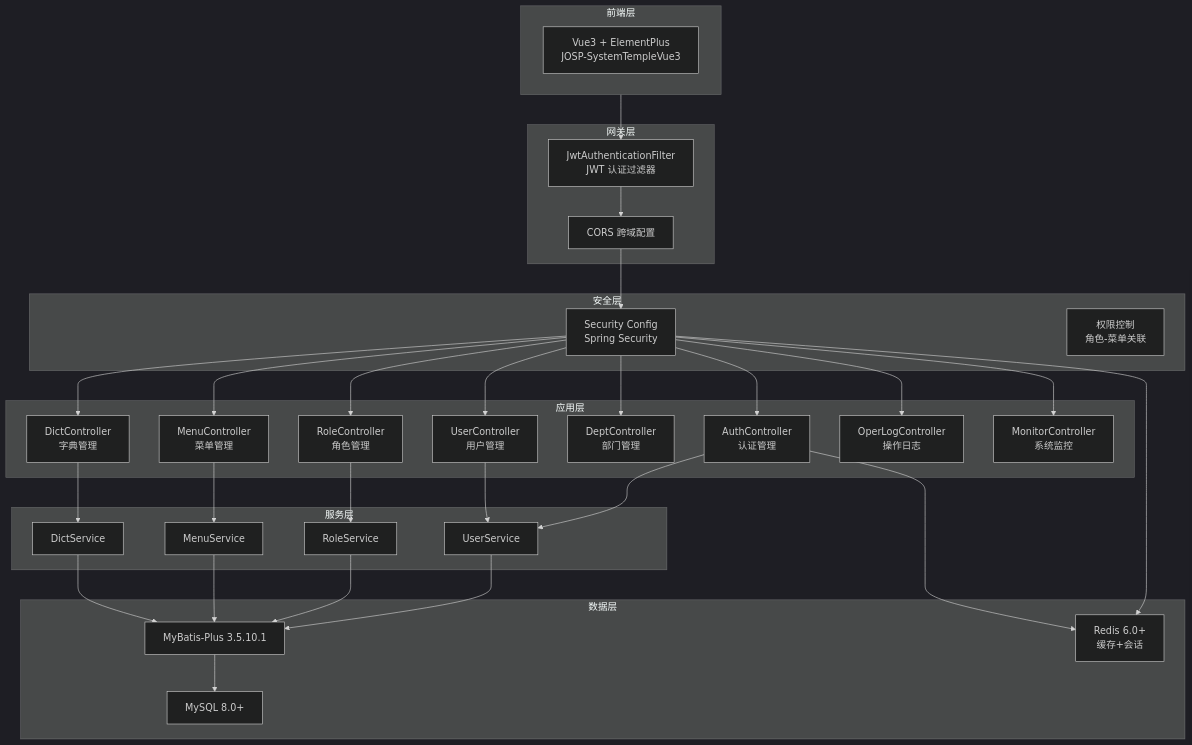
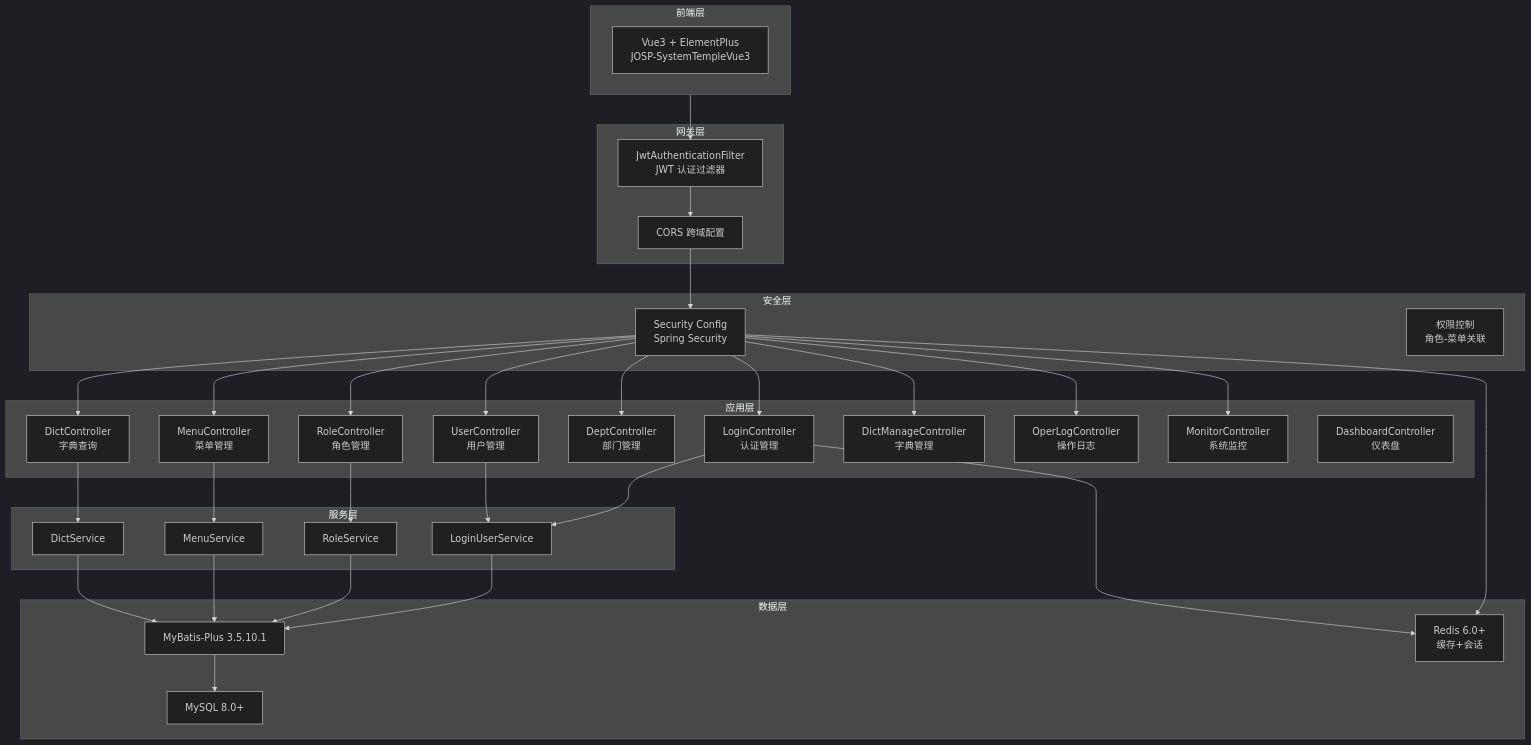
The first of 3 diagrams in SPEC.md (junwOpenSourceProjects/JOSP-SystemTempleJava), drawn with Mermaid (dark theme) before and after one commit. The commit also changed other lines of this file, not shown here.

````diff
--- a/SPEC.md
+++ b/SPEC.md
@@ -70,64 +126,67 @@
 ```mermaid
 graph TB
     subgraph Frontend["前端层"]
         Vue3["Vue3 + ElementPlus<br/>JOSP-SystemTempleVue3"]
     end
 
     subgraph Gateway["网关层"]
         JwtFilter["JwtAuthenticationFilter<br/>JWT 认证过滤器"]
         Cors["CORS 跨域配置"]
     end
 
     subgraph Security["安全层"]
         SecurityConfig["Security Config<br/>Spring Security"]
         Permission["权限控制<br/>角色-菜单关联"]
     end
 
     subgraph Application["应用层"]
-        Auth["AuthController<br/>认证管理"]
+        Login["LoginController<br/>认证管理"]
         User["UserController<br/>用户管理"]
         Role["RoleController<br/>角色管理"]
         Menu["MenuController<br/>菜单管理"]
         Dept["DeptController<br/>部门管理"]
-        Dict["DictController<br/>字典管理"]
+        Dict["DictController<br/>字典查询"]
+        DictMng["DictManageController<br/>字典管理"]
         Log["OperLogController<br/>操作日志"]
         Monitor["MonitorController<br/>系统监控"]
+        Dashboard["DashboardController<br/>仪表盘"]
     end
 
     subgraph Service["服务层"]
-        UserService["UserService"]
-        RoleService["RoleService"]
-        MenuService["MenuService"]
-        DictService["DictService"]
+        UserSvc["LoginUserService"]
+        RoleSvc["RoleService"]
+        MenuSvc["MenuService"]
+        DictSvc["DictService"]
     end
 
     subgraph Data["数据层"]
         MyBatisPlus["MyBatis-Plus 3.5.10.1"]
         Redis["Redis 6.0+<br/>缓存+会话"]
         MySQL["MySQL 8.0+"]
     end
 
     Frontend --> JwtFilter
     JwtFilter --> Cors
     Cors --> SecurityConfig
-    SecurityConfig --> Auth
+    SecurityConfig --> Login
     SecurityConfig --> User
     SecurityConfig --> Role
     SecurityConfig --> Menu
     SecurityConfig --> Dept
     SecurityConfig --> Dict
+    SecurityConfig --> DictMng
     SecurityConfig --> Log
     SecurityConfig --> Monitor
-    Auth --> UserService
-    User --> UserService
-    Role --> RoleService
-    Menu --> MenuService
-    Dict --> DictService
-    UserService --> MyBatisPlus
-    RoleService --> MyBatisPlus
-    MenuService --> MyBatisPlus
-    DictService --> MyBatisPlus
+    Login --> UserSvc
+    User --> UserSvc
+    Role --> RoleSvc
+    Menu --> MenuSvc
+    Dict --> DictSvc
+    UserSvc --> MyBatisPlus
+    RoleSvc --> MyBatisPlus
+    MenuSvc --> MyBatisPlus
+    DictSvc --> MyBatisPlus
     MyBatisPlus --> MySQL
     SecurityConfig --> Redis
-    Auth --> Redis
+    Login --> Redis
 ```
````
